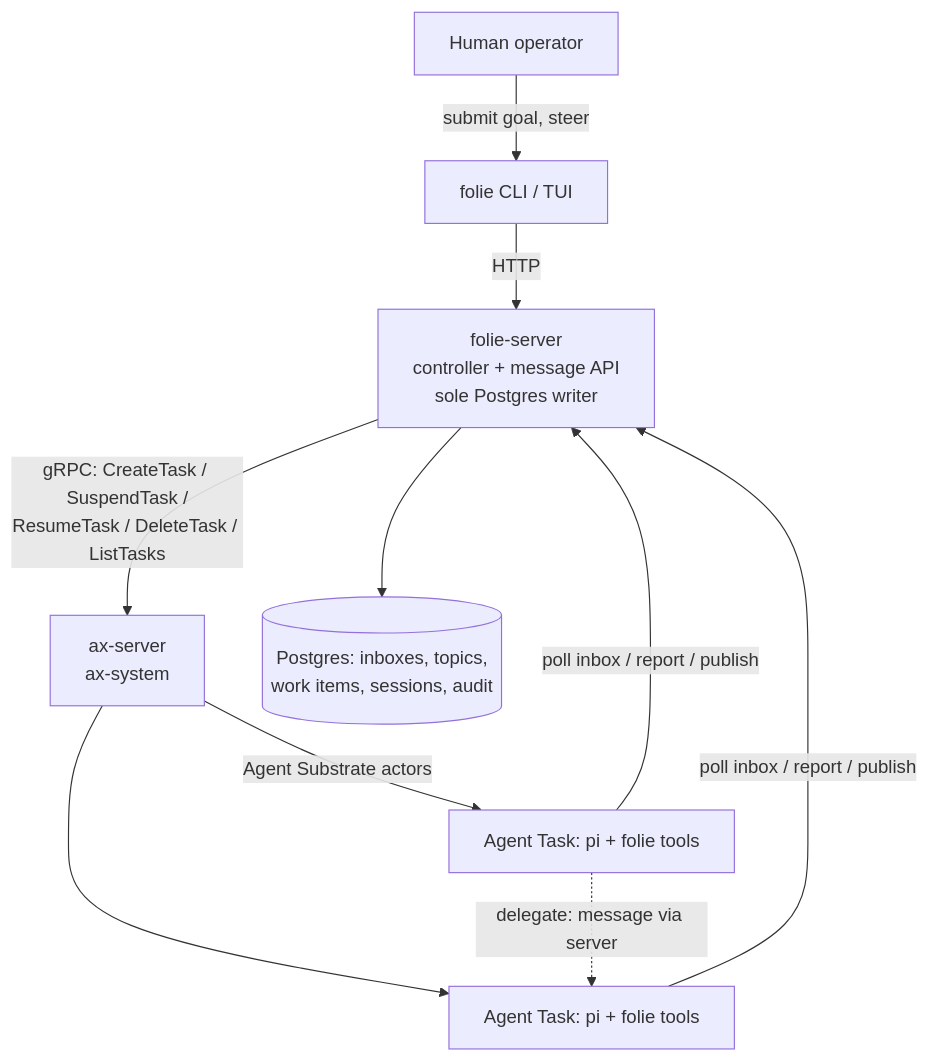
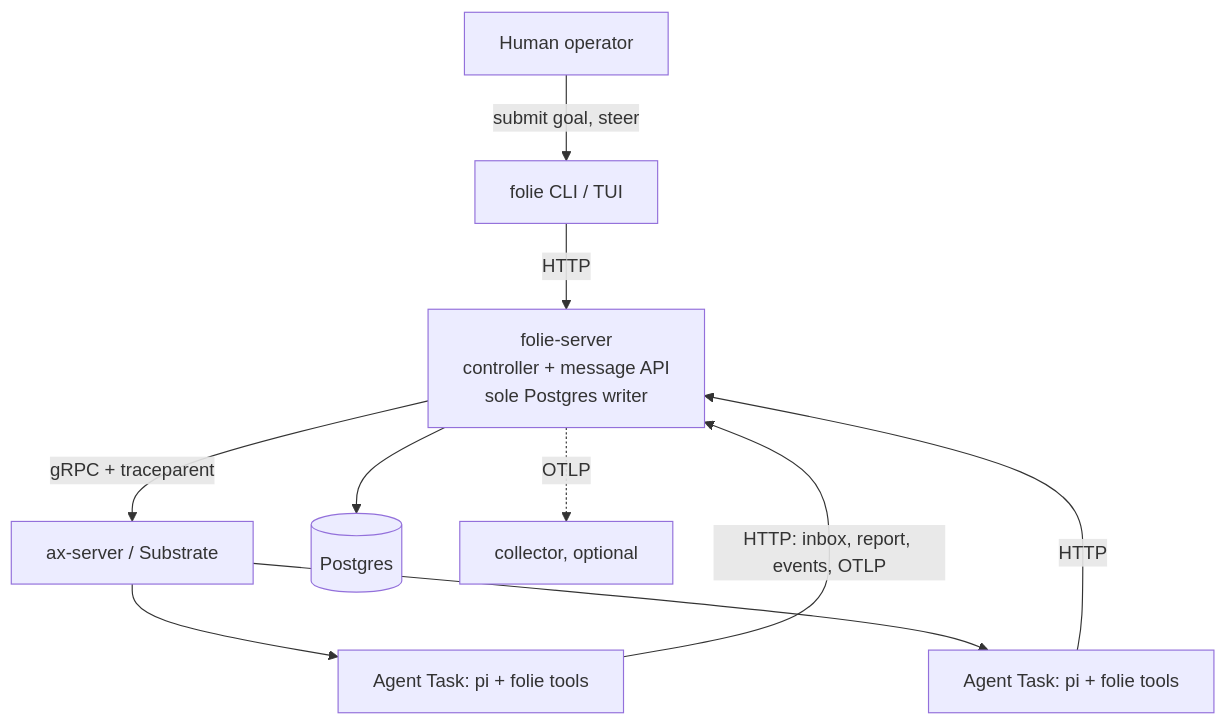
One commit to sauryagur/Folie changed the second of 2 diagrams in DESIGN.md. Above: the diagram before and after it, drawn with Mermaid. The commit also changed other lines of this file, not shown here.

````diff
--- a/DESIGN.md
+++ b/DESIGN.md
@@ -24,12 +259,12 @@
 ```mermaid
 graph TD
     Human[Human operator] -->|submit goal, steer| TUI[folie CLI / TUI]
     TUI -->|HTTP| Server[folie-server<br/>controller + message API<br/>sole Postgres writer]
-    Server -->|gRPC: CreateTask / SuspendTask /<br/>ResumeTask / DeleteTask / ListTasks| AxServer[ax-server<br/>ax-system]
-    AxServer -->|Agent Substrate actors| Agent1[Agent Task: pi + folie tools]
+    Server -->|gRPC + traceparent| AxServer[ax-server / Substrate]
+    AxServer --> Agent1[Agent Task: pi + folie tools]
     AxServer --> AgentN[Agent Task: pi + folie tools]
-    Agent1 -->|poll inbox / report / publish| Server
-    AgentN -->|poll inbox / report / publish| Server
-    Agent1 -.->|delegate: message via server| AgentN
-    Server --> DB[(Postgres: inboxes, topics,<br/>work items, sessions, audit)]
+    Agent1 -->|HTTP: inbox, report, events, OTLP| Server
+    AgentN -->|HTTP| Server
+    Server --> DB[(Postgres)]
+    Server -.->|OTLP| Collector[collector, optional]
 ```
````
